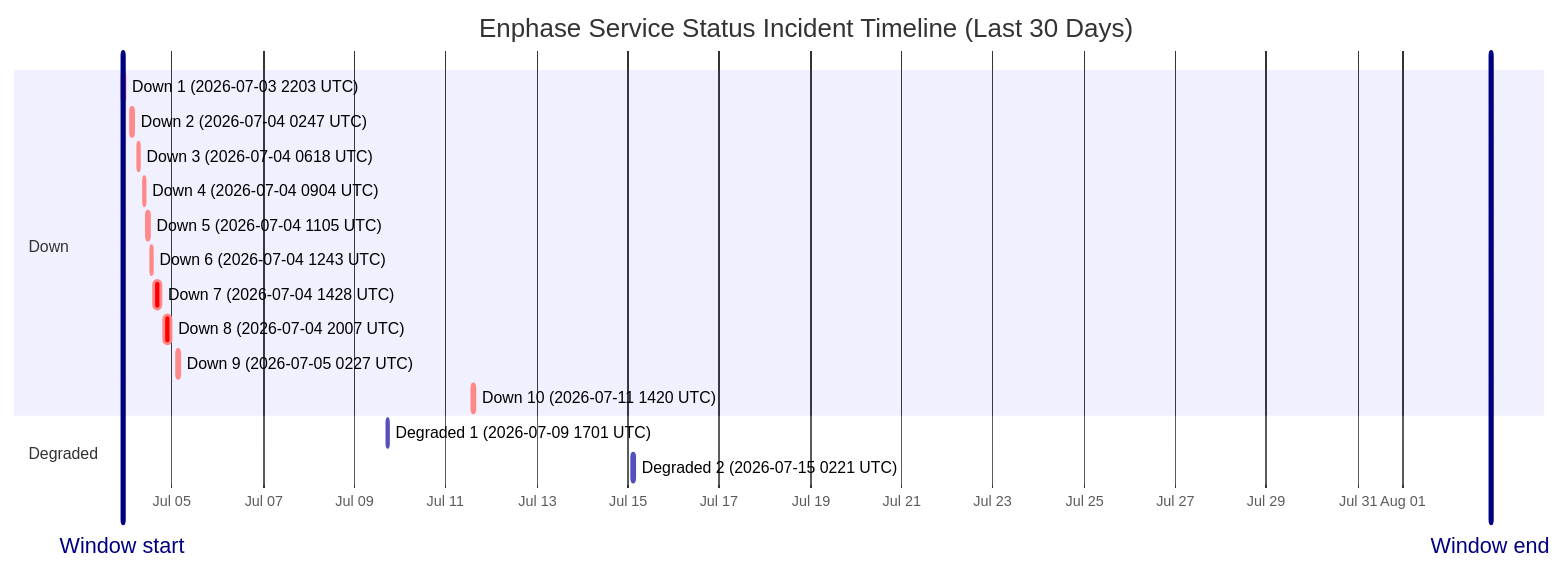
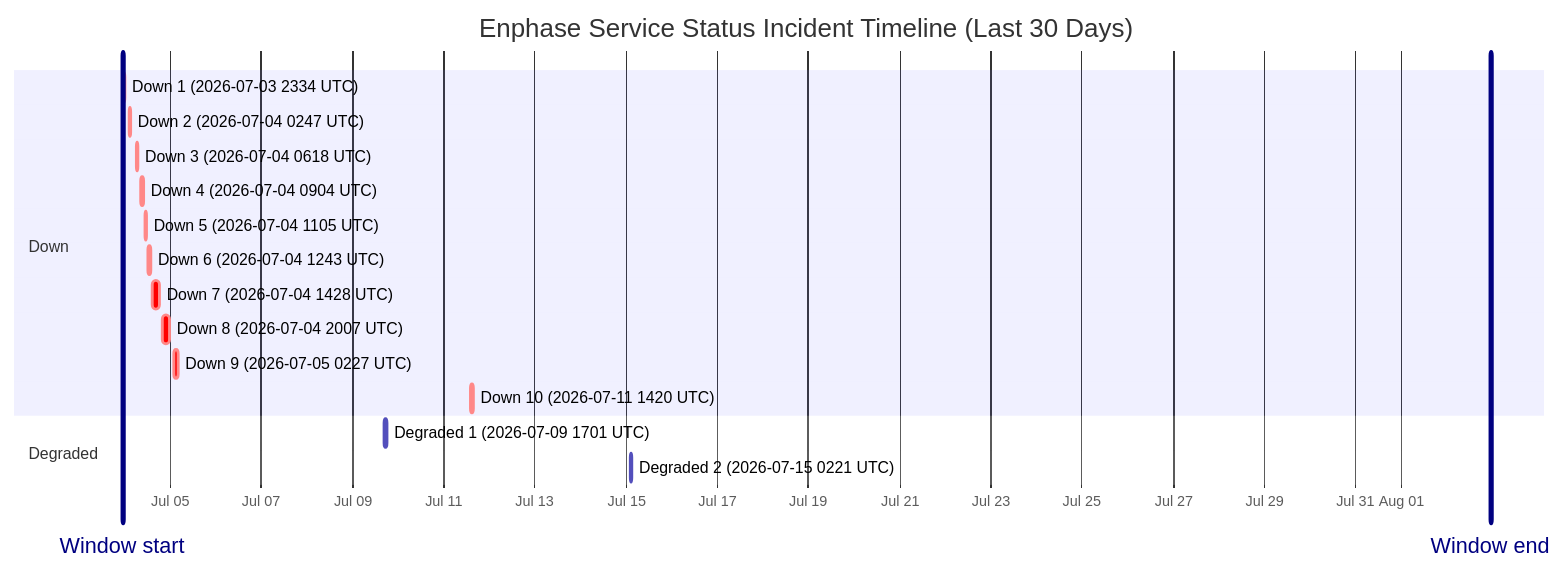
The diagram in wiki/Service-Status-History.md (barneyonline/ha-enphase-energy), drawn with Mermaid before and after one commit. The commit also changed other lines of this file and 3 other files, not shown here.

````diff
--- a/wiki/Service-Status-History.md
+++ b/wiki/Service-Status-History.md
@@ -14,22 +14,22 @@
 ```mermaid
 gantt
     title Enphase Service Status Incident Timeline (Last 30 Days)
     dateFormat  YYYY-MM-DDTHH:mm:ss
     axisFormat  %b %d
-    Window start :vert, window-start, 2026-07-03T21:54:10, 0ms
-    Window end :vert, window-end, 2026-08-02T21:54:10, 0ms
+    Window start :vert, window-start, 2026-07-03T22:54:36, 0ms
+    Window end :vert, window-end, 2026-08-02T22:54:36, 0ms
     section Down
-    Down 1 (2026-07-03 2203 UTC) :crit, down-1, 2026-07-03T22:03:17, 90m
+    Down 1 (2026-07-03 2334 UTC) :crit, down-1, 2026-07-03T23:34:07, 60m
     Down 2 (2026-07-04 0247 UTC) :crit, down-2, 2026-07-04T02:47:22, 60m
     Down 3 (2026-07-04 0618 UTC) :crit, down-3, 2026-07-04T06:18:09, 60m
     Down 4 (2026-07-04 0904 UTC) :crit, down-4, 2026-07-04T09:04:41, 60m
     Down 5 (2026-07-04 1105 UTC) :crit, down-5, 2026-07-04T11:05:21, 60m
     Down 6 (2026-07-04 1243 UTC) :crit, down-6, 2026-07-04T12:43:25, 60m
     Down 7 (2026-07-04 1428 UTC) :crit, down-7, 2026-07-04T14:28:07, 243m
     Down 8 (2026-07-04 2007 UTC) :crit, down-8, 2026-07-04T20:07:50, 206m
     Down 9 (2026-07-05 0227 UTC) :crit, down-9, 2026-07-05T02:27:32, 109m
     Down 10 (2026-07-11 1420 UTC) :crit, down-10, 2026-07-11T14:20:54, 69m
     section Degraded
     Degraded 1 (2026-07-09 1701 UTC) :active, degraded-1, 2026-07-09T17:01:02, 60m
     Degraded 2 (2026-07-15 0221 UTC) :active, degraded-2, 2026-07-15T02:21:35, 60m
 ```
````
